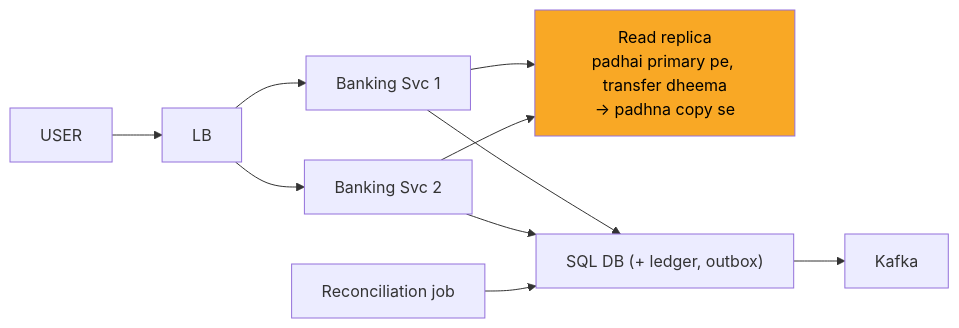
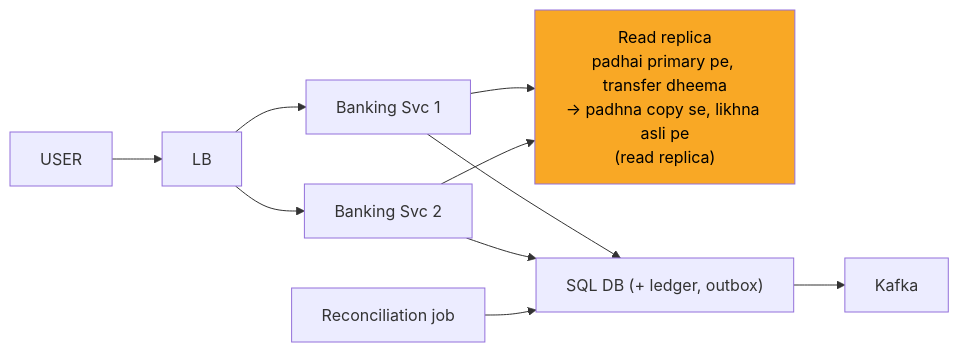
Before and after one commit to ArpanMaheshwari144/Prep: the ninth of 13 diagrams in 04_HLD/SYSTEM_DESIGNS/13_banking_system/13_banking_system.md, drawn with Mermaid. The commit also changed other lines of this file and 13 other files, not shown here.

````diff
--- a/04_HLD/SYSTEM_DESIGNS/13_banking_system/13_banking_system.md
+++ b/04_HLD/SYSTEM_DESIGNS/13_banking_system/13_banking_system.md
@@ -275,21 +275,21 @@
 ```mermaid
 flowchart LR
     n_USER["USER"]
     n_LB["LB"]
     n_S1["Banking Svc 1"]
     n_S2["Banking Svc 2"]
-    n_RR["Read replica<br/>padhai primary pe, transfer dheema<br/>-> padhna copy se"]
+    n_RR["Read replica<br/>padhai primary pe, transfer dheema<br/>-> padhna copy se, likhna asli pe<br/>(read replica)"]
     n_DB["SQL DB (+ ledger, outbox)"]
     n_K["Kafka"]
     n_REC["Reconciliation job"]
     n_USER --> n_LB
     n_LB --> n_S1
     n_LB --> n_S2
     n_S1 --> n_RR
     n_S2 --> n_RR
     n_S1 --> n_DB
     n_S2 --> n_DB
     n_DB --> n_K
     n_REC --> n_DB
     style n_RR fill:#f9a825,color:#000
 ```
````
